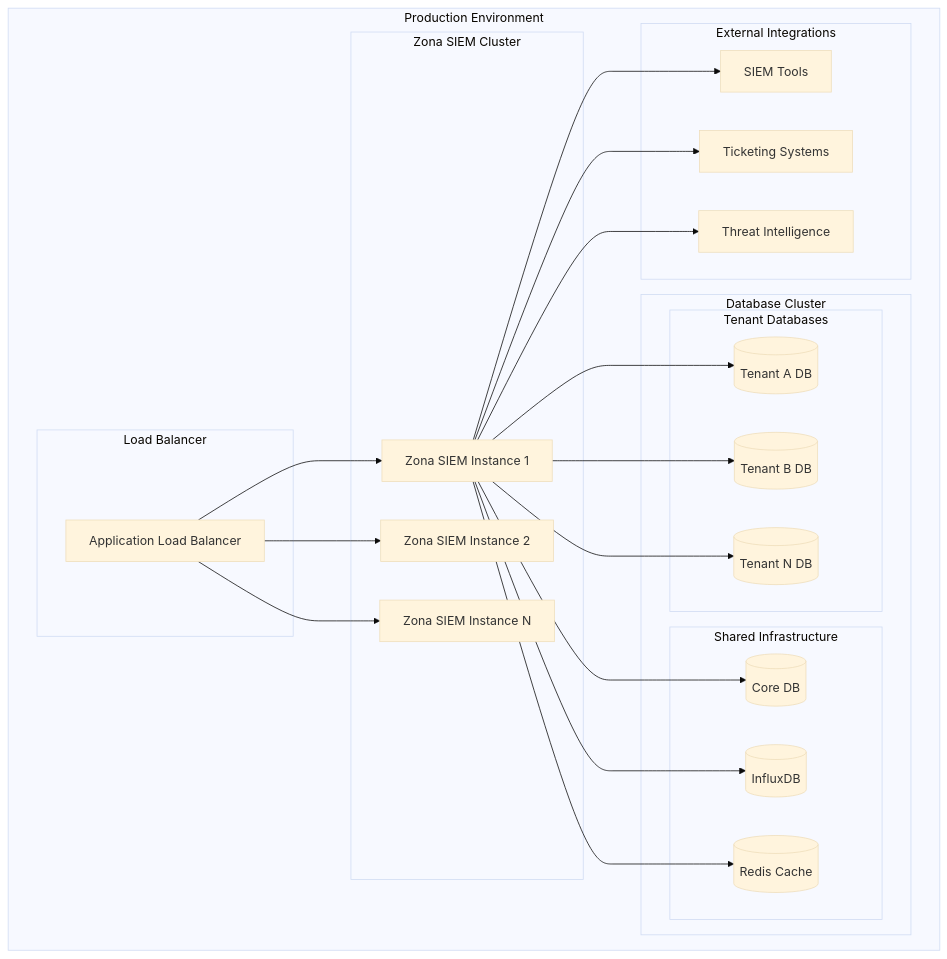
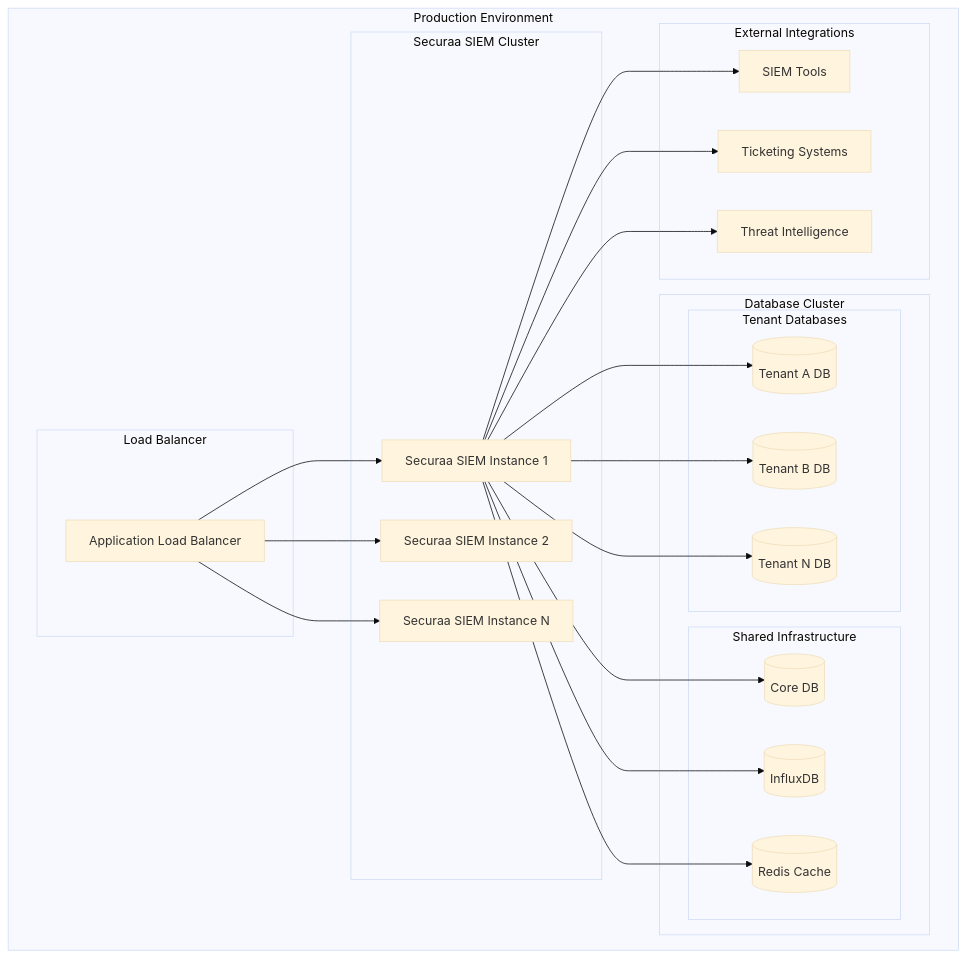
One commit to Vishwa0220/securaa-internal-documents changed the seventh of 10 diagrams in ZONA_SIEM_HIGH_LEVEL_DESIGN.md. Above: the diagram before and after it, drawn with Mermaid (base theme). The commit also changed other lines of this file, not shown here.

Commit message:
Update ZONA_SIEM_HIGH_LEVEL_DESIGN.md: replace zona with securaa and reduce code block spacing

````diff
--- a/ZONA_SIEM_HIGH_LEVEL_DESIGN.md
+++ b/ZONA_SIEM_HIGH_LEVEL_DESIGN.md
@@ -488,49 +471,49 @@
 ```mermaid
 graph TB
     subgraph "Production Environment"
         subgraph "Load Balancer"
             LB[Application Load Balancer]
         end
         
-        subgraph "Zona SIEM Cluster"
-            APP1[Zona SIEM Instance 1]
-            APP2[Zona SIEM Instance 2]
-            APP3[Zona SIEM Instance N]
+        subgraph "Securaa SIEM Cluster"
+            APP1[Securaa SIEM Instance 1]
+            APP2[Securaa SIEM Instance 2]
+            APP3[Securaa SIEM Instance N]
         end
         
         subgraph "Database Cluster"
             subgraph "Tenant Databases"
                 DB1[(Tenant A DB)]
                 DB2[(Tenant B DB)]
                 DB3[(Tenant N DB)]
             end
             
             subgraph "Shared Infrastructure"
                 CORE_DB[(Core DB)]
                 INFLUX_DB[(InfluxDB)]
                 REDIS_CACHE[(Redis Cache)]
             end
         end
         
         subgraph "External Integrations"
             SIEM_TOOLS[SIEM Tools]
             TICKETING[Ticketing Systems]
             THREAT_INTEL[Threat Intelligence]
         end
     end
     
     LB --> APP1
     LB --> APP2
     LB --> APP3
     
     APP1 --> DB1
     APP1 --> DB2
     APP1 --> DB3
     APP1 --> CORE_DB
     APP1 --> INFLUX_DB
     APP1 --> REDIS_CACHE
     
     APP1 --> SIEM_TOOLS
     APP1 --> TICKETING
     APP1 --> THREAT_INTEL
 ```
````
